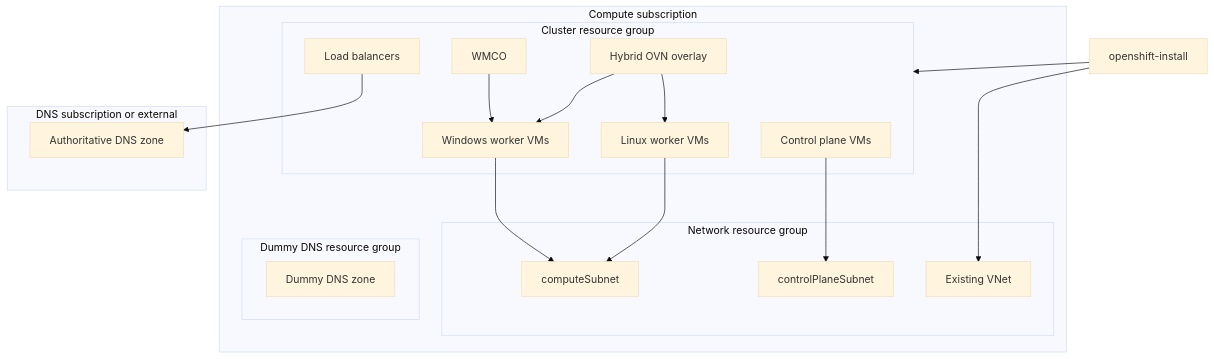
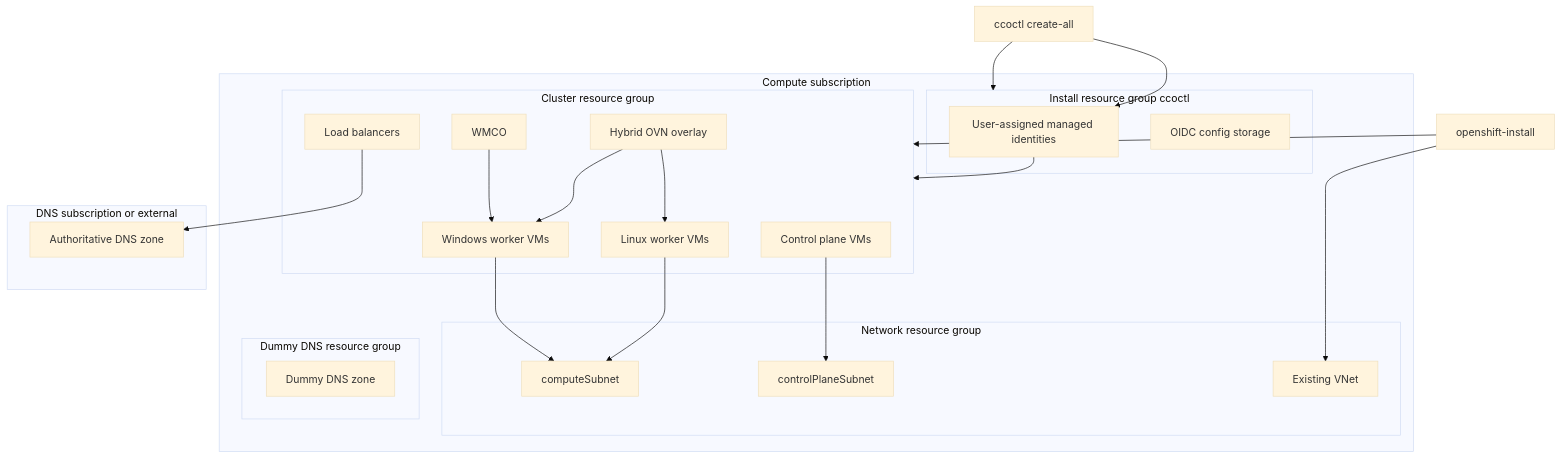
The diagram in README.md (czambran/ocp-azure-with-windows-nodes-and-self-managed-dns), drawn with Mermaid (base theme) before and after one commit. The commit also changed other lines of this file and 3 other files, not shown here.

First line of the commit message:
Document Azure Workload Identities with ccoctl for short-term credentials.

````diff
--- a/README.md
+++ b/README.md
@@ -20,33 +23,40 @@
 ```mermaid
 flowchart TB
   subgraph computeSub [Compute subscription]
     subgraph networkRG [Network resource group]
       VNet[Existing VNet]
       CPSubnet[controlPlaneSubnet]
       WorkerSubnet[computeSubnet]
+    end
+    subgraph installRG [Install resource group ccoctl]
+      ManagedIds[User-assigned managed identities]
+      OIDCStorage[OIDC config storage]
     end
     subgraph clusterRG [Cluster resource group]
       ControlPlane[Control plane VMs]
       LinuxWorkers[Linux worker VMs]
       WinWorkers[Windows worker VMs]
       LB[Load balancers]
       WMCO[WMCO]
       HybridOVN[Hybrid OVN overlay]
     end
     subgraph dummyDnsRG [Dummy DNS resource group]
       DummyZone[Dummy DNS zone]
     end
   end
   subgraph dnsElsewhere [DNS subscription or external]
     AuthZone[Authoritative DNS zone]
   end
+  ccoctl[ccoctl create-all] --> installRG
+  ccoctl --> ManagedIds
   Installer[openshift-install] --> VNet
   Installer --> clusterRG
+  ManagedIds --> clusterRG
   ControlPlane --> CPSubnet
   LinuxWorkers --> WorkerSubnet
   WinWorkers --> WorkerSubnet
   WMCO --> WinWorkers
   HybridOVN --> LinuxWorkers
   HybridOVN --> WinWorkers
   LB --> AuthZone
 ```
````
